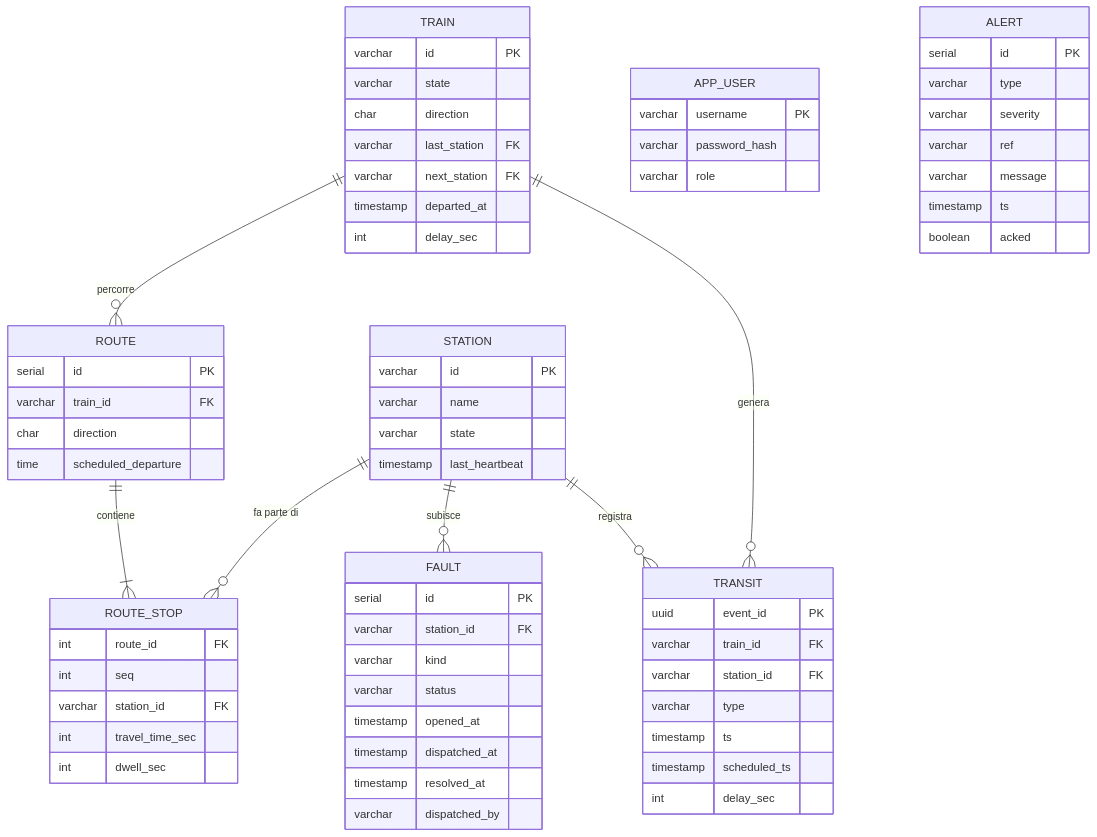
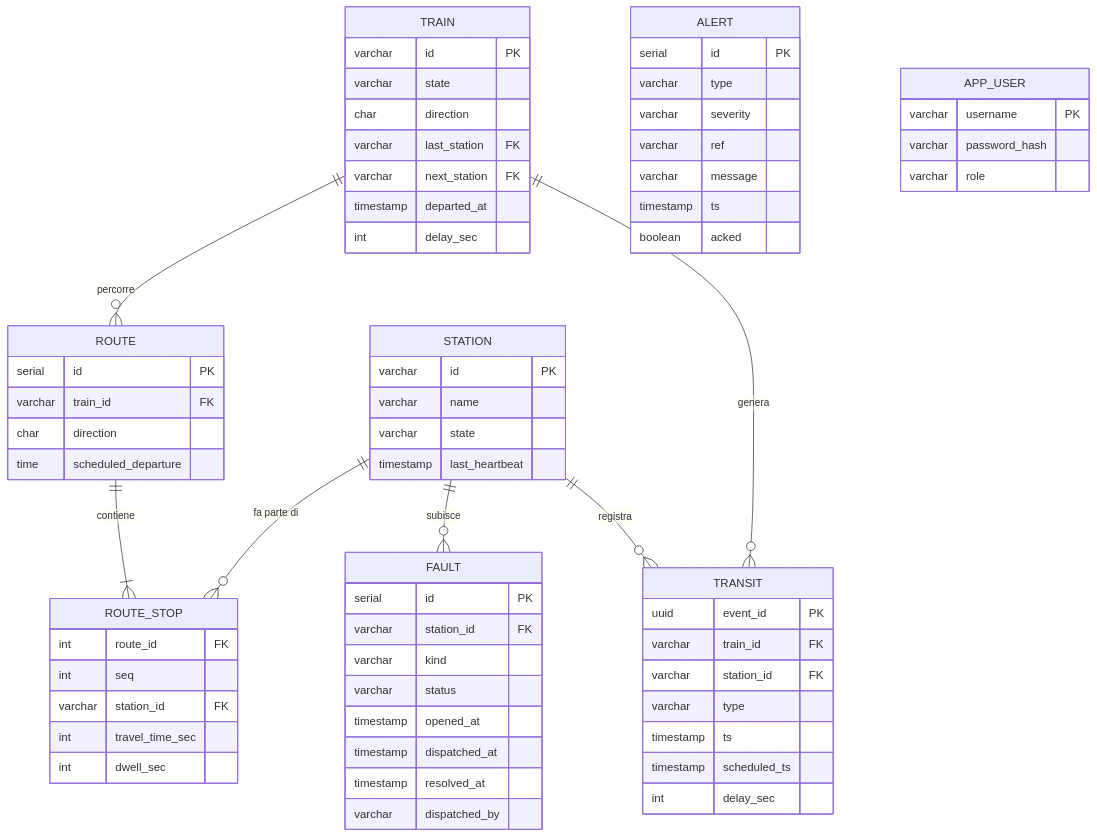
The third of 7 diagrams in docs/architettura.md (lucateofilo/PissirShared), drawn with Mermaid before and after one commit. The commit also changed other lines of this file and 1 other file, not shown here.

````diff
--- a/docs/architettura.md
+++ b/docs/architettura.md
@@ -208,56 +212,55 @@
 ```mermaid
 erDiagram
   STATION ||--o{ ROUTE_STOP : "fa parte di"
   ROUTE ||--|{ ROUTE_STOP : contiene
   TRAIN ||--o{ ROUTE : percorre
   TRAIN ||--o{ TRANSIT : genera
   STATION ||--o{ TRANSIT : registra
   STATION ||--o{ FAULT : subisce
-  APP_USER
 
   STATION { varchar id PK
             varchar name
             varchar state
             timestamp last_heartbeat }
   TRAIN { varchar id PK
           varchar state
           char direction
           varchar last_station FK
           varchar next_station FK
           timestamp departed_at
           int delay_sec }
   ROUTE { serial id PK
           varchar train_id FK
           char direction
           time scheduled_departure }
   ROUTE_STOP { int route_id FK
                int seq
                varchar station_id FK
                int travel_time_sec
                int dwell_sec }
   TRANSIT { uuid event_id PK
             varchar train_id FK
             varchar station_id FK
             varchar type
             timestamp ts
             timestamp scheduled_ts
             int delay_sec }
   FAULT { serial id PK
           varchar station_id FK
           varchar kind
           varchar status
           timestamp opened_at
           timestamp dispatched_at
           timestamp resolved_at
           varchar dispatched_by }
   ALERT { serial id PK
           varchar type
           varchar severity
           varchar ref
           varchar message
           timestamp ts
           boolean acked }
   APP_USER { varchar username PK
              varchar password_hash
              varchar role }
 ```
````
